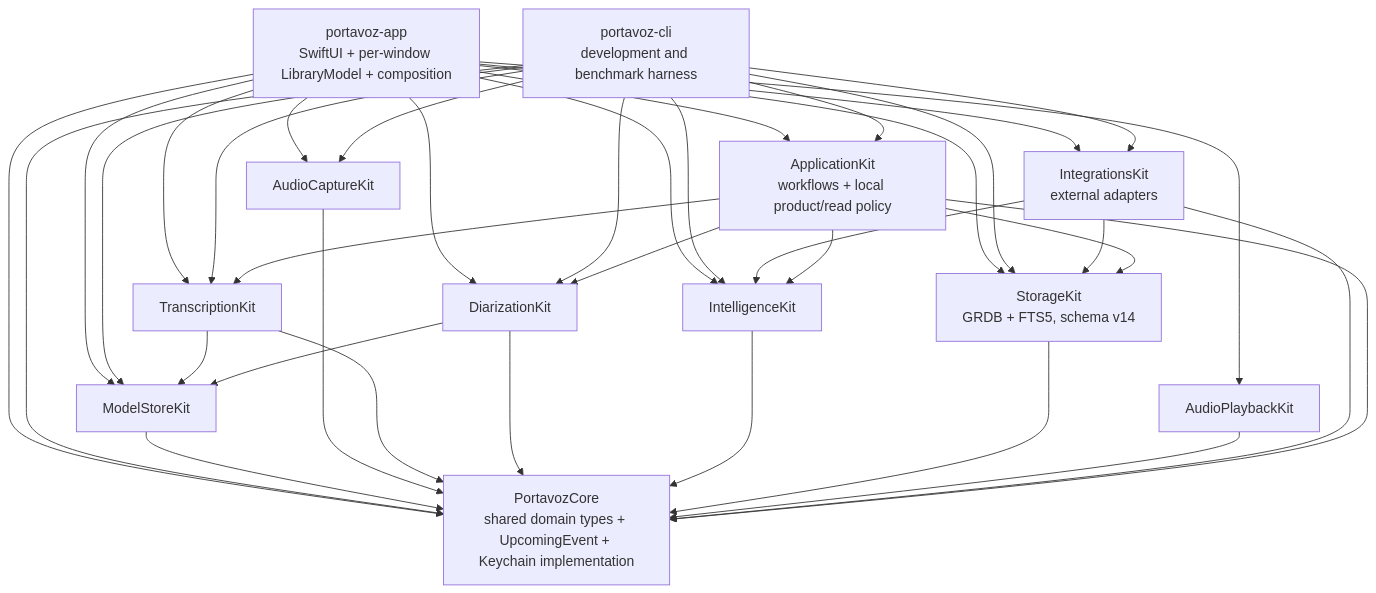
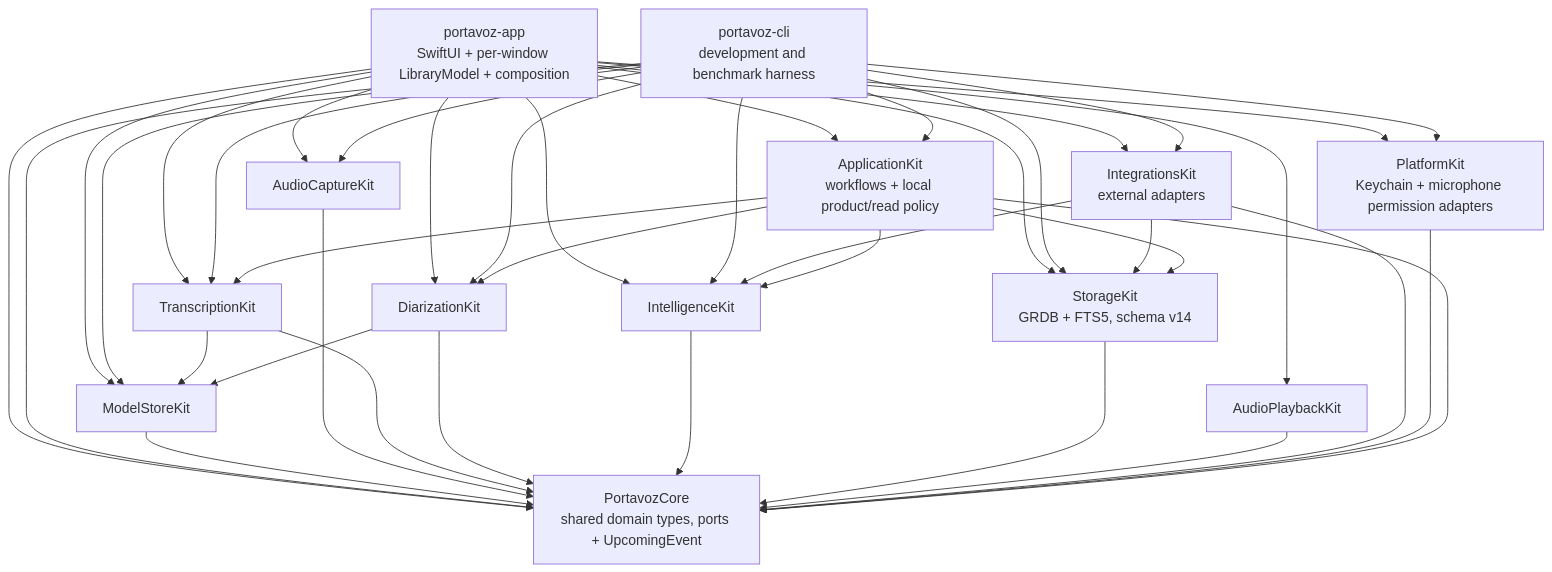
One commit to johnny4young/portavoz changed the first of 3 diagrams in docs/refactor-20260714.md. Above: the diagram before and after it, drawn with Mermaid. The commit also changed other lines of this file and 63 other files, not shown here.

Commit message:
refactor(macos): isolate platform and CLI reads

````diff
--- a/docs/refactor-20260714.md
+++ b/docs/refactor-20260714.md
@@ -108,52 +108,56 @@
 ```mermaid
 flowchart TB
     APP["portavoz-app\nSwiftUI + per-window LibraryModel + composition"]
     CLI["portavoz-cli\ndevelopment and benchmark harness"]
     APPLICATION["ApplicationKit\nworkflows + local product/read policy"]
-    CORE["PortavozCore\nshared domain types + UpcomingEvent + Keychain implementation"]
+    CORE["PortavozCore\nshared domain types, ports + UpcomingEvent"]
+    PLATFORM["PlatformKit\nKeychain + microphone permission adapters"]
     MODEL["ModelStoreKit"]
     CAPTURE["AudioCaptureKit"]
     STT["TranscriptionKit"]
     DIAR["DiarizationKit"]
     INTEL["IntelligenceKit"]
     STORE["StorageKit\nGRDB + FTS5, schema v14"]
     PLAYBACK["AudioPlaybackKit"]
     INTEGRATIONS["IntegrationsKit\nexternal adapters"]
 
     APP --> CORE
     APP --> APPLICATION
     APP --> MODEL
     APP --> CAPTURE
     APP --> STT
     APP --> DIAR
     APP --> INTEL
     APP --> STORE
     APP --> PLAYBACK
     APP --> INTEGRATIONS
+    APP --> PLATFORM
     CLI --> CORE
     CLI --> APPLICATION
     CLI --> MODEL
     CLI --> CAPTURE
     CLI --> STT
     CLI --> DIAR
     CLI --> INTEL
     CLI --> STORE
     CLI --> INTEGRATIONS
+    CLI --> PLATFORM
     MODEL --> CORE
     CAPTURE --> CORE
     STT --> CORE
     STT --> MODEL
     DIAR --> CORE
     DIAR --> MODEL
     INTEL --> CORE
     STORE --> CORE
     PLAYBACK --> CORE
     INTEGRATIONS --> CORE
     INTEGRATIONS --> INTEL
     INTEGRATIONS --> STORE
+    PLATFORM --> CORE
     APPLICATION --> CORE
     APPLICATION --> STT
     APPLICATION --> DIAR
     APPLICATION --> INTEL
     APPLICATION --> STORE
 ```
````
